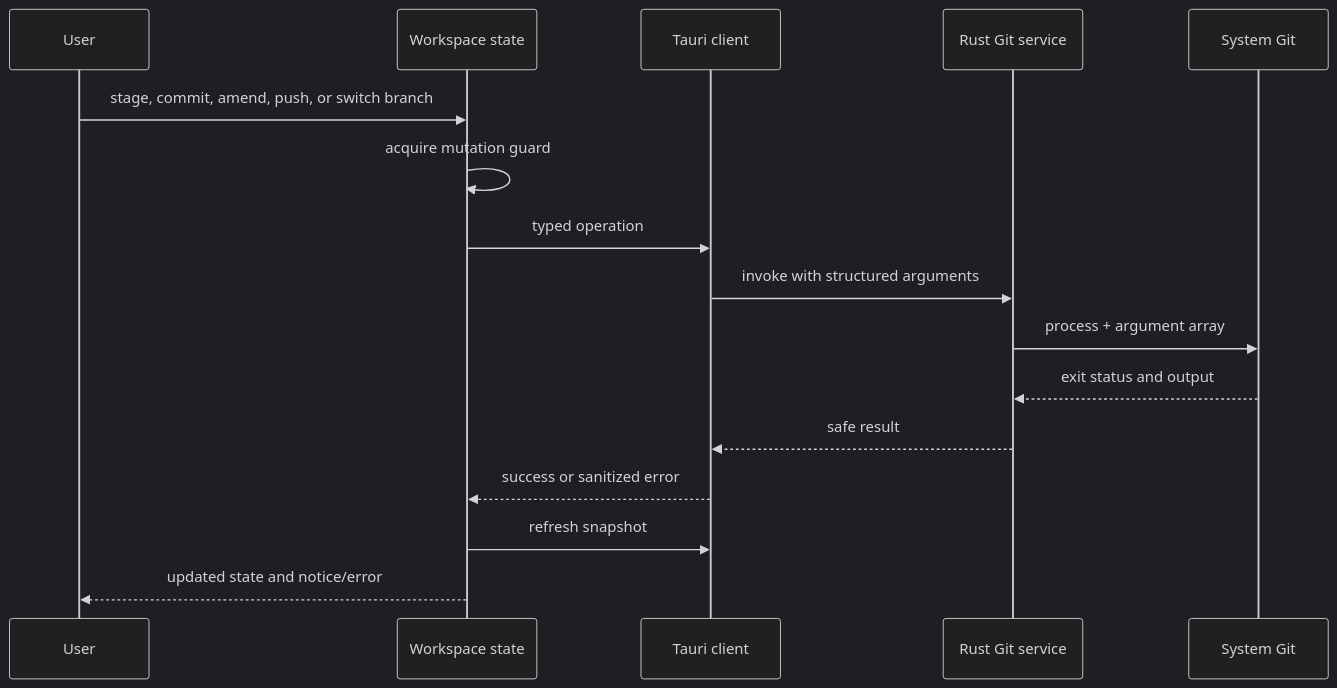
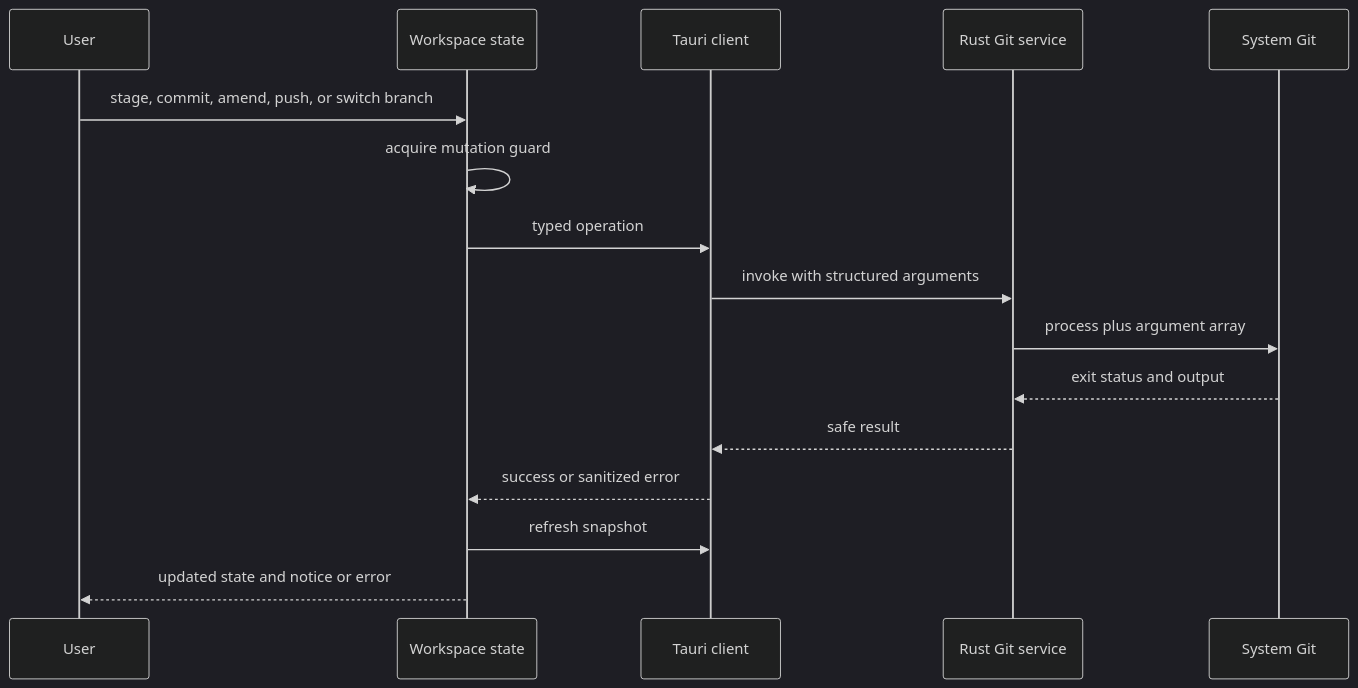
The third of 3 diagrams in docs/architecture.md (YYchainsAw/RepoPuck), drawn with Mermaid (dark theme) before and after one commit. The commit also changed other lines of this file and 12 other files, not shown here.

````diff
--- a/docs/architecture.md
+++ b/docs/architecture.md
@@ -77,19 +174,19 @@
 ```mermaid
 sequenceDiagram
     participant U as User
     participant W as Workspace state
     participant T as Tauri client
     participant R as Rust Git service
     participant G as System Git
 
     U->>W: stage, commit, amend, push, or switch branch
     W->>W: acquire mutation guard
     W->>T: typed operation
     T->>R: invoke with structured arguments
-    R->>G: process + argument array
+    R->>G: process plus argument array
     G-->>R: exit status and output
     R-->>T: safe result
     T-->>W: success or sanitized error
     W->>T: refresh snapshot
-    W-->>U: updated state and notice/error
+    W-->>U: updated state and notice or error
 ```
````
